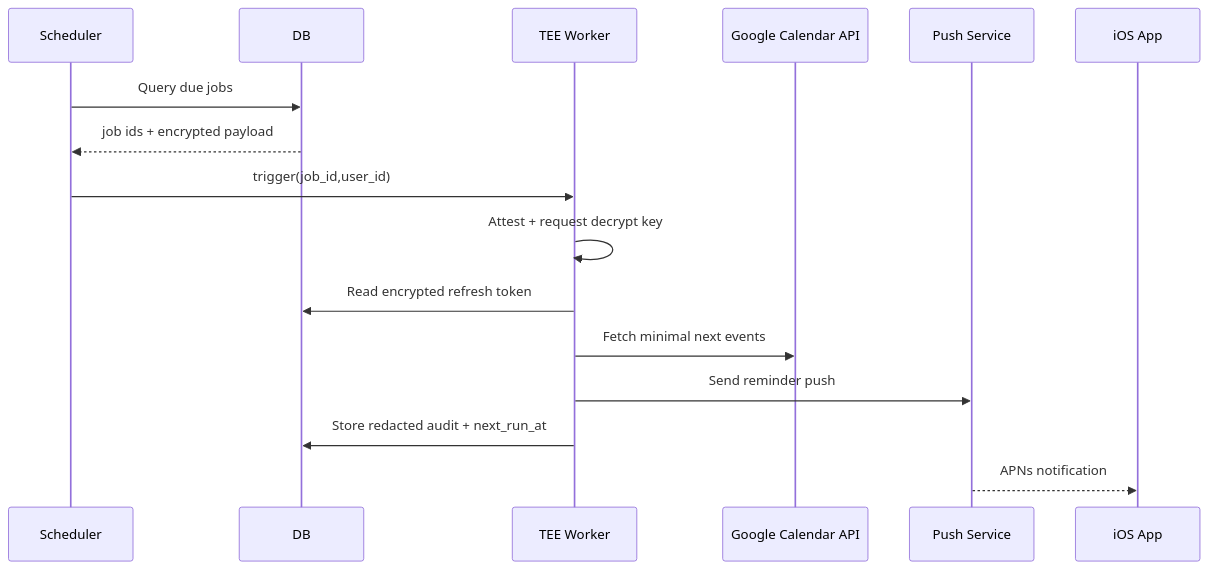
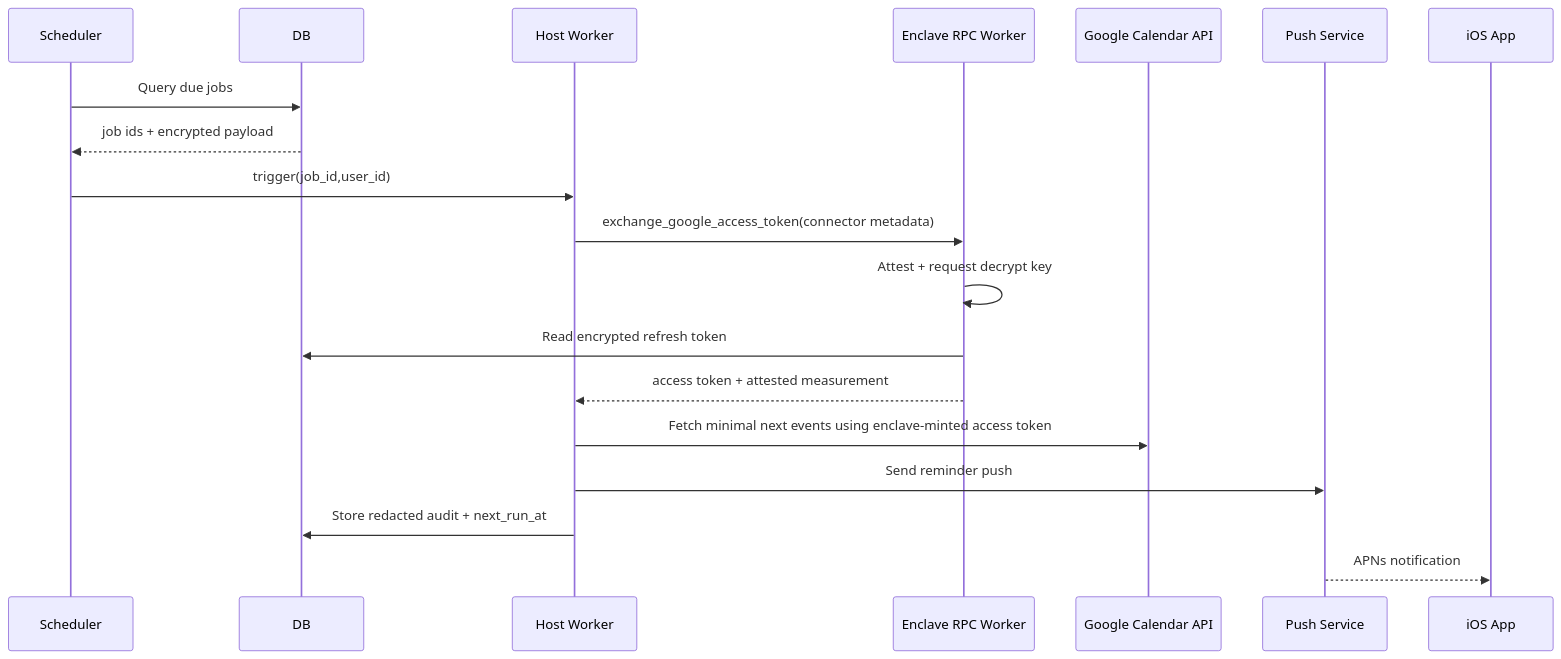
One commit to niteshbalusu11/alfred changed the second of 3 diagrams in docs/rfc-0001-alfred-ios-v1.md. Above: the diagram before and after it, drawn with Mermaid. The commit also changed other lines of this file and 10 other files, not shown here.

First line of the commit message:
Enforce enclave RPC boundary for connector token decrypt/refresh/revoke paths

````diff
--- a/docs/rfc-0001-alfred-ios-v1.md
+++ b/docs/rfc-0001-alfred-ios-v1.md
@@ -356,18 +356,21 @@
 ```mermaid
 sequenceDiagram
     participant S as Scheduler
     participant D as DB
-    participant T as TEE Worker
+    participant H as Host Worker
+    participant T as Enclave RPC Worker
     participant G as Google Calendar API
     participant P as Push Service
     participant I as iOS App
     S->>D: Query due jobs
     D-->>S: job ids + encrypted payload
-    S->>T: trigger(job_id,user_id)
+    S->>H: trigger(job_id,user_id)
+    H->>T: exchange_google_access_token(connector metadata)
     T->>T: Attest + request decrypt key
     T->>D: Read encrypted refresh token
-    T->>G: Fetch minimal next events
-    T->>P: Send reminder push
-    T->>D: Store redacted audit + next_run_at
+    T-->>H: access token + attested measurement
+    H->>G: Fetch minimal next events using enclave-minted access token
+    H->>P: Send reminder push
+    H->>D: Store redacted audit + next_run_at
     P-->>I: APNs notification
 ```
````
